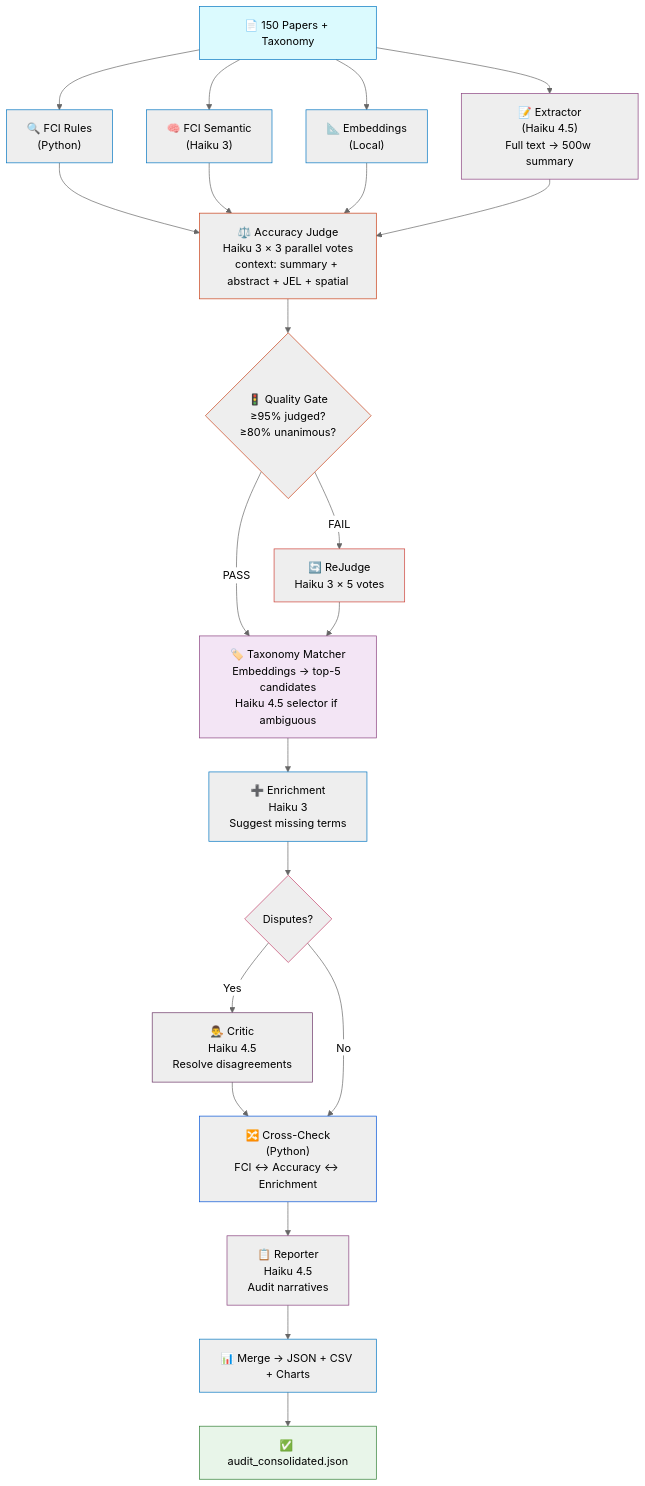
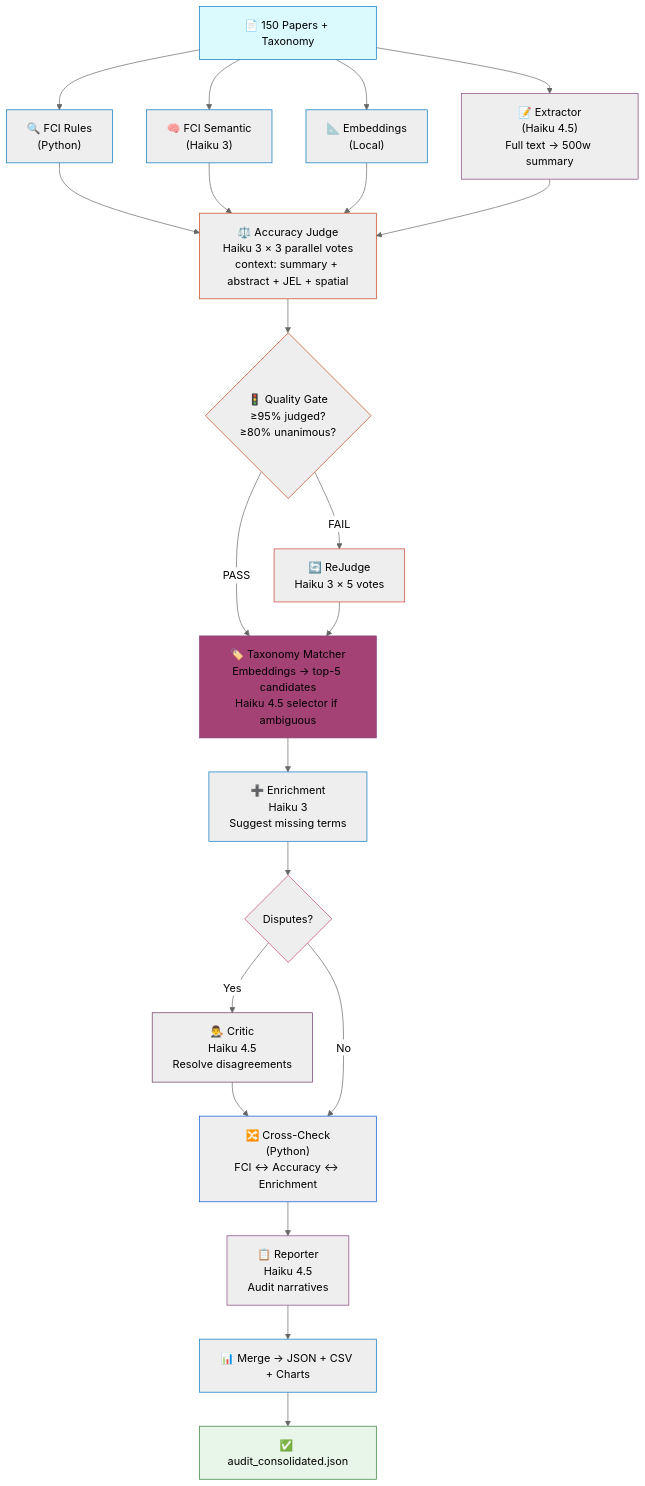
One commit to snavasg/Colombian-Air-Market-Project changed the diagram in README.md. Above: the diagram before and after it, drawn with Mermaid (neutral theme).

````diff
--- a/README.md
+++ b/README.md
@@ -17,49 +17,49 @@
 ```mermaid
 flowchart TD
     START["📄 150 Papers + Taxonomy"]
     
     FCI["🔍 FCI Rules\n(Python)"]
     SEM["🧠 FCI Semantic\n(Haiku 3)"]
     EMB["📐 Embeddings\n(Local)"]
     EXT["📝 Extractor\n(Haiku 4.5)\nFull text → 500w summary"]
 
     ACC["⚖️ Accuracy Judge\nHaiku 3 × 3 parallel votes\ncontext: summary + abstract + JEL + spatial"]
     QG{"🚦 Quality Gate\n≥95% judged?\n≥80% unanimous?"}
     REJ["🔄 ReJudge\nHaiku 3 × 5 votes"]
     TAX["🏷️ Taxonomy Matcher\nEmbeddings → top-5 candidates\nHaiku 4.5 selector if ambiguous"]
     ENR["➕ Enrichment\nHaiku 3\nSuggest missing terms"]
     CRIT{"Disputes?"}
     CR["👨‍⚖️ Critic\nHaiku 4.5\nResolve disagreements"]
     XC["🔀 Cross-Check\n(Python)\nFCI ↔ Accuracy ↔ Enrichment"]
     REP["📋 Reporter\nHaiku 4.5\nAudit narratives"]
     OUT["📊 Merge → JSON + CSV + Charts"]
     FIN["✅ audit_consolidated.json"]
 
     START --> FCI & SEM & EMB & EXT
     FCI & SEM & EMB & EXT --> ACC
     ACC --> QG
     QG -->|PASS| TAX
     QG -->|FAIL| REJ --> TAX
     TAX --> ENR
     ENR --> CRIT
     CRIT -->|Yes| CR --> XC
     CRIT -->|No| XC
     XC --> REP --> OUT --> FIN
 
     style START fill:#DBFAFE,stroke:#0075C1,color:#000
     style FCI #A44276,stroke:#0075C1
     style SEM #A44276,stroke:#0075C1
     style EMB #A44276,stroke:#0075C1
     style EXT #A44276,stroke:#89407E
     style ACC #A442763e0,stroke:#C93F16
     style QG #A44276,stroke:#C93F16
     style REJ #A44276,stroke:#CE4137
-    style TAX fill:#f3e5f5,stroke:#89407E
+    style TAX fill:#A44276,stroke:#89407E
     style ENR #A44276,stroke:#0075C1
     style CRIT #A44276,stroke:#C4426A
     style CR #A44276,stroke:#6A3365
     style XC #A44276,stroke:#0052D6
     style REP #A44276,stroke:#89407E
     style OUT #A44276,stroke:#0075C1
     style FIN fill:#e8f5e9,stroke:#2e7d32,color:#000
 ```
````
